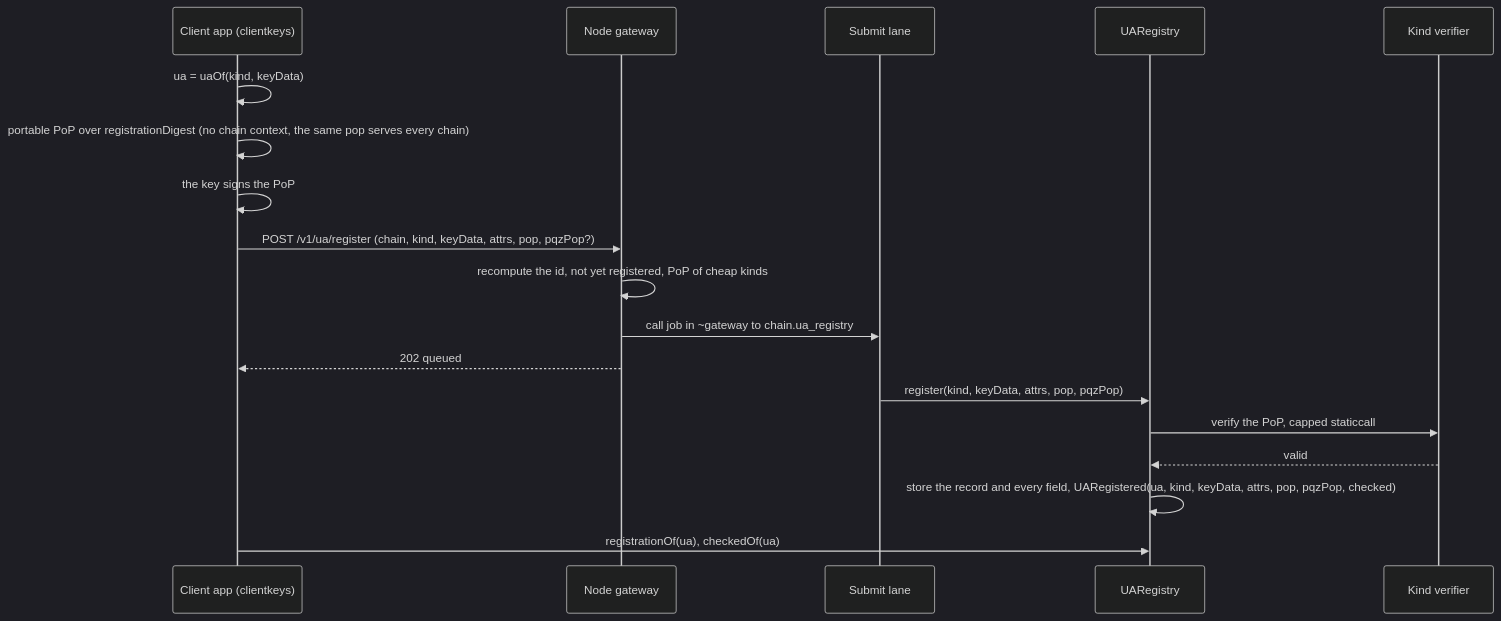
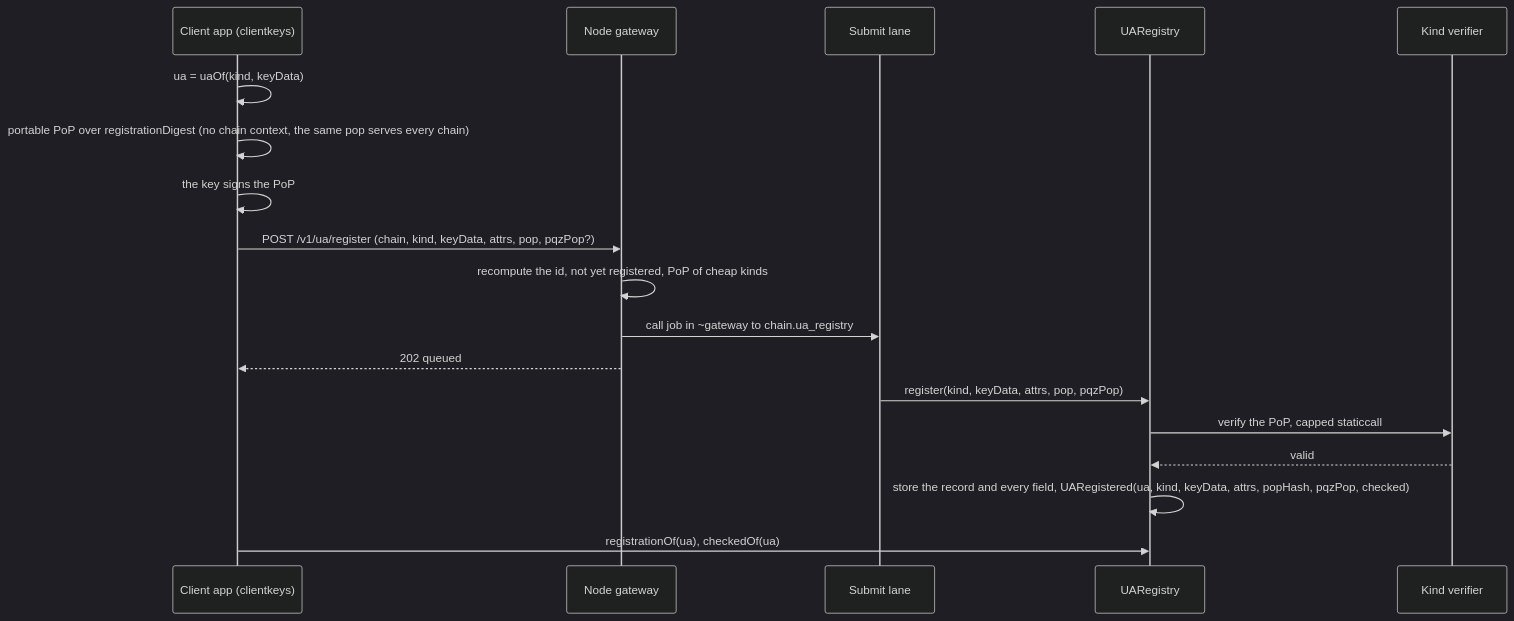
Before and after one commit to dinhduongha/scaas: the tenth of 12 diagrams in docs/architecture.md, drawn with Mermaid (dark theme). The commit also changed 4 other files, not shown here.

First line of the commit message:
msig-pophash: docs — CTR-UA-33 (popHash in the registration event, msig members without key data)

````diff
--- a/docs/architecture.md
+++ b/docs/architecture.md
@@ -719,20 +719,20 @@
 ```mermaid
 sequenceDiagram
     participant APP as Client app (clientkeys)
     participant GW as Node gateway
     participant LANE as Submit lane
     participant REG as UARegistry
     participant VER as Kind verifier
     APP->>APP: ua = uaOf(kind, keyData)
     APP->>APP: portable PoP over registrationDigest (no chain context, the same pop serves every chain)
     APP->>APP: the key signs the PoP
     APP->>GW: POST /v1/ua/register (chain, kind, keyData, attrs, pop, pqzPop?)
     GW->>GW: recompute the id, not yet registered, PoP of cheap kinds
     GW->>LANE: call job in ~gateway to chain.ua_registry
     GW-->>APP: 202 queued
     LANE->>REG: register(kind, keyData, attrs, pop, pqzPop)
     REG->>VER: verify the PoP, capped staticcall
     VER-->>REG: valid
-    REG->>REG: store the record and every field, UARegistered(ua, kind, keyData, attrs, pop, pqzPop, checked)
+    REG->>REG: store the record and every field, UARegistered(ua, kind, keyData, attrs, popHash, pqzPop, checked)
     APP->>REG: registrationOf(ua), checkedOf(ua)
 ```
````
